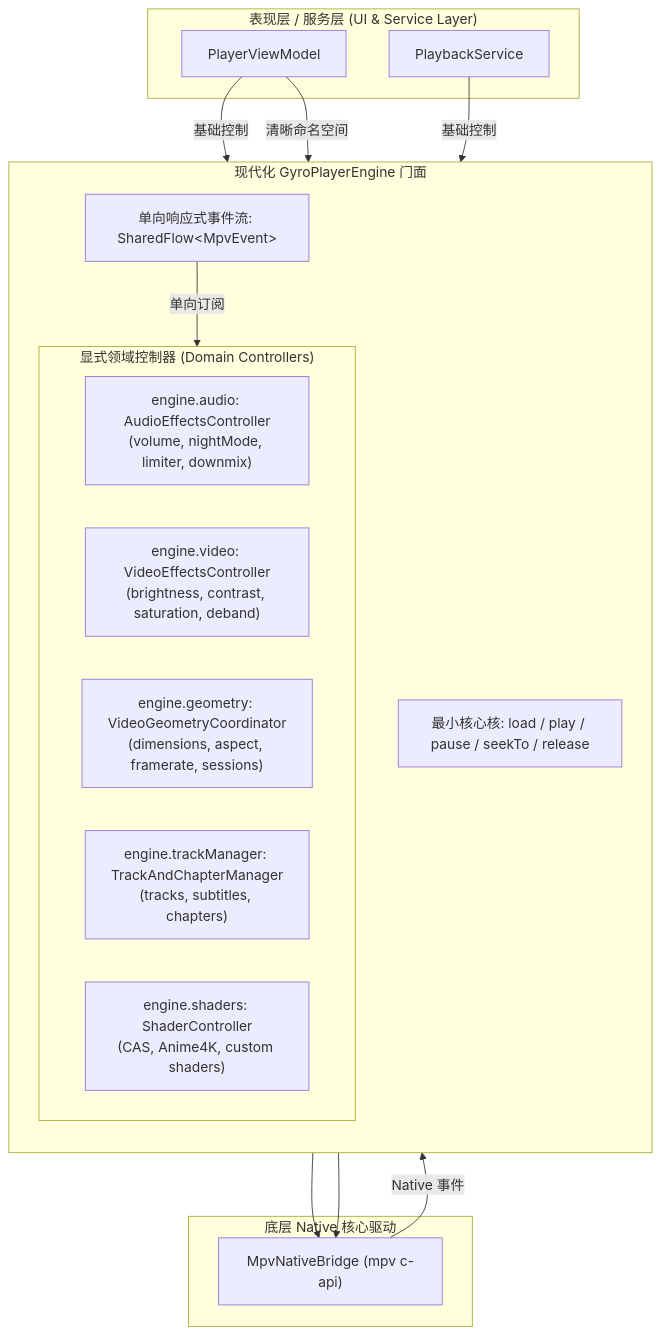
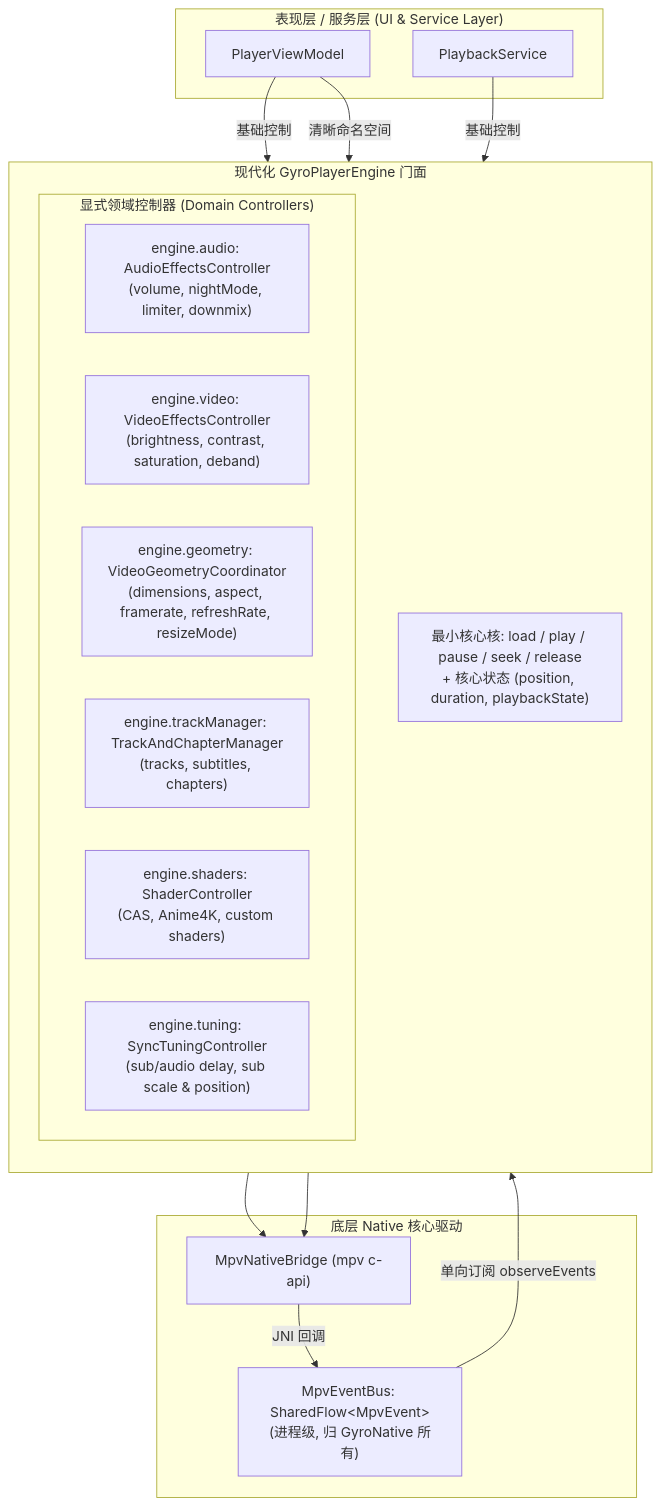
The second of 2 diagrams in docs/PLAYER_PLAN.md (infinitezerone/Gyro), drawn with Mermaid before and after one commit. The commit also changed other lines of this file and 1 other file, not shown here.

First line of the commit message:
docs: align the engine contract with namespaces, events and the snapshot

````diff
--- a/docs/PLAYER_PLAN.md
+++ b/docs/PLAYER_PLAN.md
@@ -124,35 +124,35 @@
 ```mermaid
 flowchart TD
     subgraph UI_Service ["表现层 / 服务层 (UI & Service Layer)"]
         VM["PlayerViewModel"]
         Service["PlaybackService"]
     end
 
     subgraph EngineFacade ["现代化 GyroPlayerEngine 门面"]
         direction TB
-        CorePlay["最小核心核: load / play / pause / seekTo / release"]
+        CorePlay["最小核心核: load / play / pause / seek / release\n+ 核心状态 (position, duration, playbackState)"]
 
         subgraph DomainControllers ["显式领域控制器 (Domain Controllers)"]
             AudioCtrl["engine.audio: AudioEffectsController\n(volume, nightMode, limiter, downmix)"]
             VideoCtrl["engine.video: VideoEffectsController\n(brightness, contrast, saturation, deband)"]
-            GeomCtrl["engine.geometry: VideoGeometryCoordinator\n(dimensions, aspect, framerate, sessions)"]
+            GeomCtrl["engine.geometry: VideoGeometryCoordinator\n(dimensions, aspect, framerate, refreshRate, resizeMode)"]
             TrackCtrl["engine.trackManager: TrackAndChapterManager\n(tracks, subtitles, chapters)"]
             ShaderCtrl["engine.shaders: ShaderController\n(CAS, Anime4K, custom shaders)"]
+            TuningCtrl["engine.tuning: SyncTuningController\n(sub/audio delay, sub scale & position)"]
         end
-
-        Bus["单向响应式事件流: SharedFlow&lt;MpvEvent&gt;"]
     end
 
     subgraph NativeCore ["底层 Native 核心驱动"]
         Bridge["MpvNativeBridge (mpv c-api)"]
+        Bus["MpvEventBus: SharedFlow&lt;MpvEvent&gt;\n(进程级, 归 GyroNative 所有)"]
     end
 
     VM -->|"清晰命名空间"| DomainControllers
     VM -->|"基础控制"| CorePlay
     Service -->|"基础控制"| CorePlay
 
     CorePlay --> Bridge
     DomainControllers --> Bridge
-    Bridge -->|"Native 事件"| Bus
-    Bus -->|"单向订阅"| DomainControllers
+    Bridge -->|"JNI 回调"| Bus
+    Bus -->|"单向订阅 observeEvents"| DomainControllers
 ```
````
